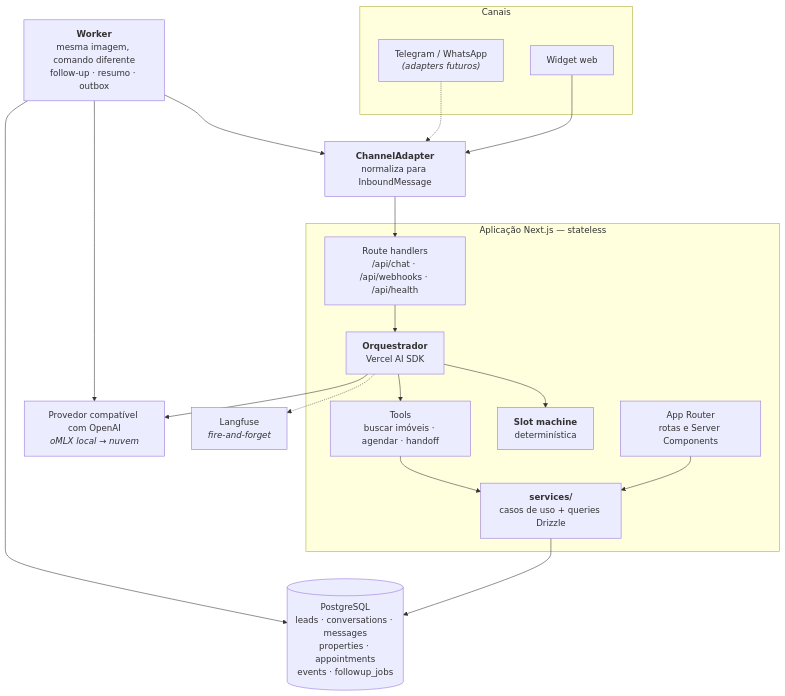
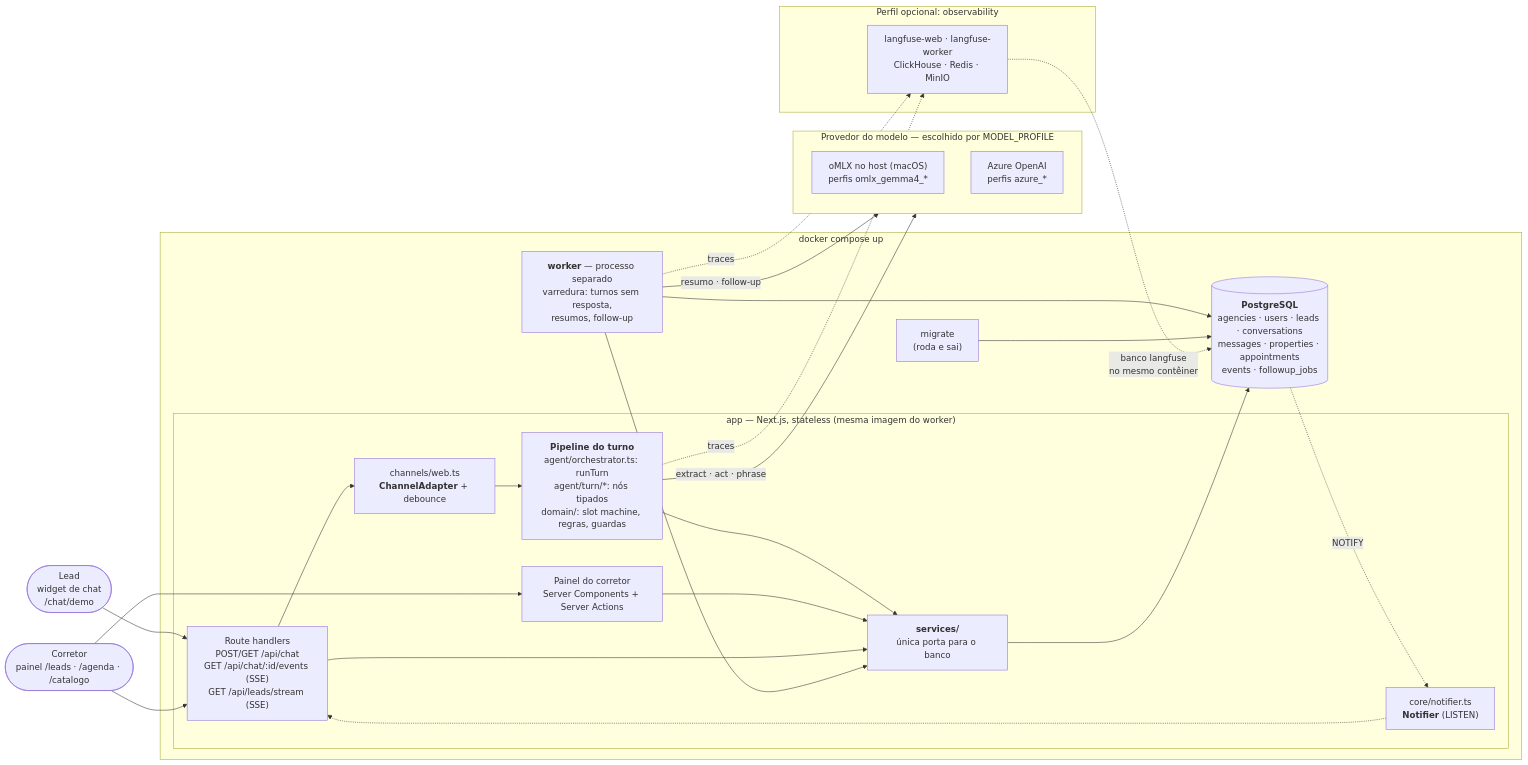
The first of 2 diagrams in docs/arquitetura/visao-geral.md (leanseefeld/8iadt-tc-fase5-agente-sdr-imobiliario), drawn with Mermaid before and after one commit. The commit also changed other lines of this file and 13 other files, not shown here.

````diff
--- a/docs/arquitetura/visao-geral.md
+++ b/docs/arquitetura/visao-geral.md
@@ -28,38 +20,48 @@
 ```mermaid
-flowchart TB
-    subgraph canais["Canais"]
-        widget["Widget web"]
-        futuro["Telegram / WhatsApp<br/><i>(adapters futuros)</i>"]
+flowchart LR
+    lead(["Lead<br/>widget de chat<br/>/chat/demo"])
+    broker(["Corretor<br/>painel /leads · /agenda · /catalogo"])
+
+    subgraph compose["docker compose up"]
+        subgraph app["app — Next.js, stateless (mesma imagem do worker)"]
+            routes["Route handlers<br/>POST/GET /api/chat<br/>GET /api/chat/:id/events (SSE)<br/>GET /api/leads/stream (SSE)"]
+            ui["Painel do corretor<br/>Server Components + Server Actions"]
+            web["channels/web.ts<br/><b>ChannelAdapter</b> + debounce"]
+            turn["<b>Pipeline do turno</b><br/>agent/orchestrator.ts: runTurn<br/>agent/turn/*: nós tipados<br/>domain/: slot machine, regras, guardas"]
+            svc["<b>services/</b><br/>única porta para o banco"]
+            notif["core/notifier.ts<br/><b>Notifier</b> (LISTEN)"]
+        end
+        worker["<b>worker</b> — processo separado<br/>varredura: turnos sem resposta,<br/>resumos, follow-up"]
+        pg[("<b>PostgreSQL</b><br/>agencies · users · leads · conversations<br/>messages · properties · appointments<br/>events · followup_jobs")]
+        migrate["migrate<br/>(roda e sai)"]
     end
 
-    adapter["<b>ChannelAdapter</b><br/>normaliza para InboundMessage"]
-
-    subgraph appNext["Aplicação Next.js — stateless"]
-        rotas["App Router<br/>rotas e Server Components"]
-        api["Route handlers<br/>/api/chat · /api/webhooks · /api/health"]
-        orq["<b>Orquestrador</b><br/>Vercel AI SDK"]
-        slots["<b>Slot machine</b><br/>determinística"]
-        tools["Tools<br/>buscar imóveis · agendar · handoff"]
-        services["<b>services/</b><br/>casos de uso + queries Drizzle"]
+    subgraph modelo["Provedor do modelo — escolhido por MODEL_PROFILE"]
+        omlx["oMLX no host (macOS)<br/>perfis omlx_gemma4_*"]
+        azure["Azure OpenAI<br/>perfis azure_*"]
     end
 
-    worker["<b>Worker</b><br/>mesma imagem, comando diferente<br/>follow-up · resumo · outbox"]
-    pg[("PostgreSQL<br/>leads · conversations · messages<br/>properties · appointments<br/>events · followup_jobs")]
-    llm["Provedor compatível com OpenAI<br/><i>oMLX local → nuvem</i>"]
-    lf["Langfuse<br/><i>fire-and-forget</i>"]
+    subgraph obs["Perfil opcional: observability"]
+        lf["langfuse-web · langfuse-worker<br/>ClickHouse · Redis · MinIO"]
+    end
 
-    widget --> adapter
-    futuro -.-> adapter
-    adapter --> api
-    rotas --> services
-    api --> orq
-    orq --> slots
-    orq --> tools
-    orq --> llm
-    orq -.-> lf
-    tools --> services
-    services --> pg
+    lead --> routes
+    broker --> ui
+    broker --> routes
+    routes --> web
+    web --> turn
+    turn --> svc
+    ui --> svc
+    routes --> svc
+    svc --> pg
+    pg -. "NOTIFY" .-> notif
+    notif -.-> routes
+    worker --> svc
     worker --> pg
-    worker --> adapter
-    worker --> llm
+    migrate --> pg
+    turn -- "extract · act · phrase" --> modelo
+    worker -- "resumo · follow-up" --> modelo
+    turn -. "traces" .-> lf
+    worker -. "traces" .-> lf
+    lf -. "banco langfuse<br/>no mesmo contêiner" .-> pg
 ```
````
